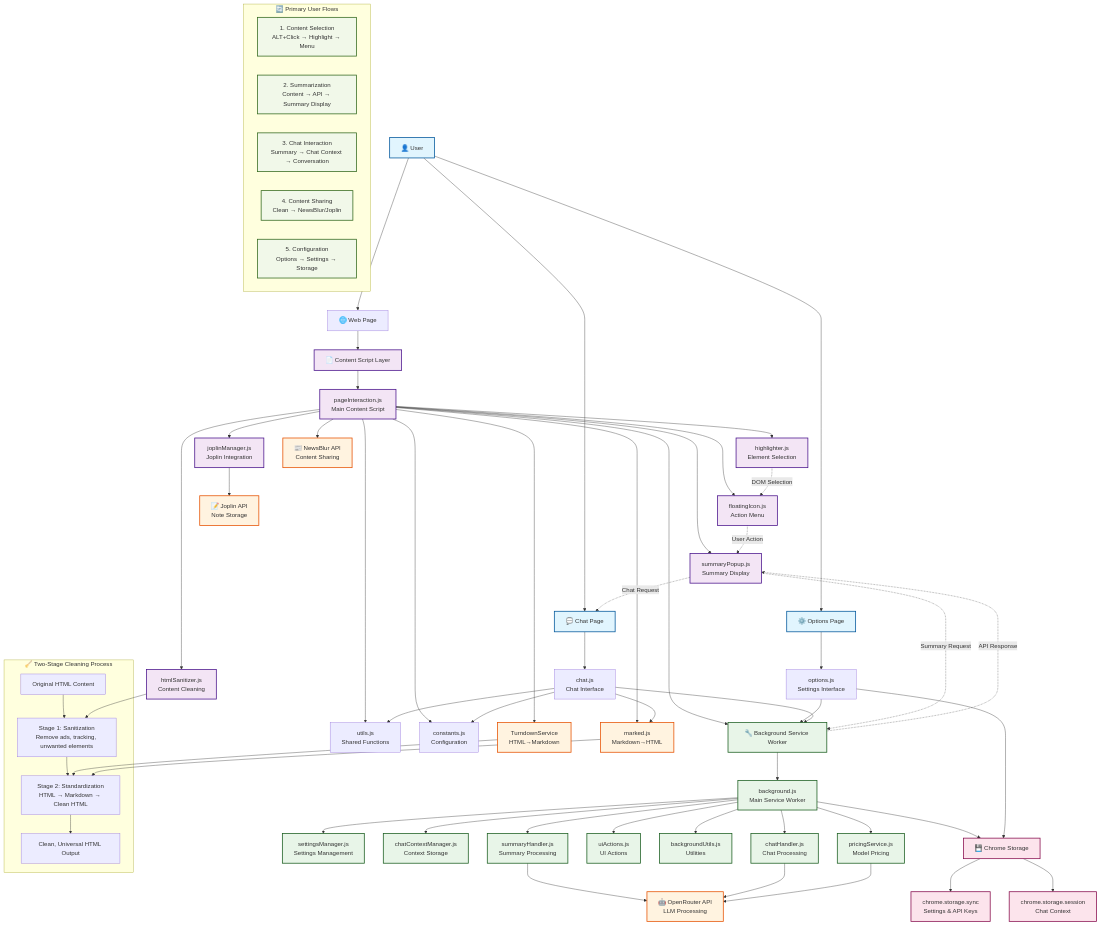
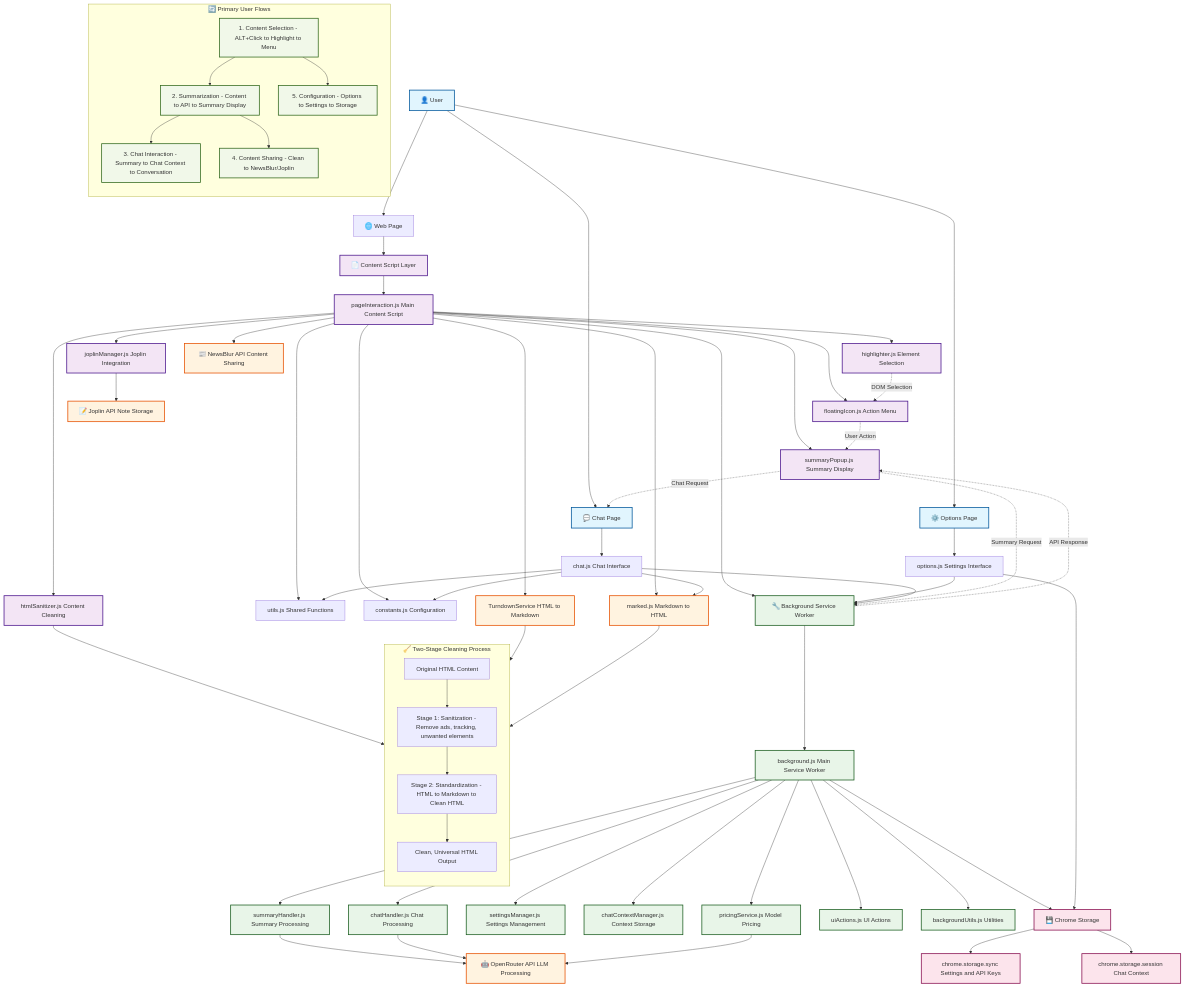
The diagram in README.md (bogorad/openrouter-summarizer), drawn with Mermaid before and after one commit.

Commit message:
claude v3

````diff
--- a/README.md
+++ b/README.md
@@ -61,13 +61,5 @@
 ```mermaid
 graph TB
-    %% Styling Definitions
-    classDef userInterface fill:#e1f5fe,stroke:#01579b,stroke-width:2px
-    classDef contentScript fill:#f3e5f5,stroke:#4a148c,stroke-width:2px
-    classDef background fill:#e8f5e8,stroke:#1b5e20,stroke-width:2px
-    classDef external fill:#fff3e0,stroke:#e65100,stroke-width:2px
-    classDef storage fill:#fce4ec,stroke:#880e4f,stroke-width:2px
-    classDef flow fill:#f1f8e9,stroke:#33691e,stroke-width:2px
-
     %% User Interactions
     User[👤 User] --> WebPage[🌐 Web Page]
     User --> OptionsPage[⚙️ Options Page]
@@ -75,69 +67,75 @@
 
     %% Web Page Content Scripts
     WebPage --> ContentScript[📄 Content Script Layer]
-    ContentScript --> PageInteraction[pageInteraction.js<br/>Main Content Script]
+    ContentScript --> PageInteraction[pageInteraction.js Main Content Script]
 
     %% Content Script Modules
-    PageInteraction --> Highlighter[highlighter.js<br/>Element Selection]
-    PageInteraction --> FloatingIcon[floatingIcon.js<br/>Action Menu]
-    PageInteraction --> SummaryPopup[summaryPopup.js<br/>Summary Display]
-    PageInteraction --> JoplinManager[joplinManager.js<br/>Joplin Integration]
-    PageInteraction --> HTMLSanitizer[htmlSanitizer.js<br/>Content Cleaning]
+    PageInteraction --> Highlighter[highlighter.js Element Selection]
+    PageInteraction --> FloatingIcon[floatingIcon.js Action Menu]
+    PageInteraction --> SummaryPopup[summaryPopup.js Summary Display]
+    PageInteraction --> JoplinManager[joplinManager.js Joplin Integration]
+    PageInteraction --> HTMLSanitizer[htmlSanitizer.js Content Cleaning]
 
     %% Shared Utilities
-    PageInteraction --> Utils[utils.js<br/>Shared Functions]
-    PageInteraction --> Constants[constants.js<br/>Configuration]
+    PageInteraction --> Utils[utils.js Shared Functions]
+    PageInteraction --> Constants[constants.js Configuration]
 
     %% External Libraries
-    PageInteraction --> TurndownService[TurndownService<br/>HTML→Markdown]
-    PageInteraction --> MarkedJS[marked.js<br/>Markdown→HTML]
+    PageInteraction --> TurndownService[TurndownService HTML to Markdown]
+    PageInteraction --> MarkedJS[marked.js Markdown to HTML]
 
     %% Background Service Worker
     PageInteraction --> Background[🔧 Background Service Worker]
-    Background --> BackgroundJS[background.js<br/>Main Service Worker]
+    Background --> BackgroundJS[background.js Main Service Worker]
 
     %% Background Modules
-    BackgroundJS --> SummaryHandler[summaryHandler.js<br/>Summary Processing]
-    BackgroundJS --> ChatHandler[chatHandler.js<br/>Chat Processing]
-    BackgroundJS --> SettingsManager[settingsManager.js<br/>Settings Management]
-    BackgroundJS --> ChatContextManager[chatContextManager.js<br/>Context Storage]
-    BackgroundJS --> PricingService[pricingService.js<br/>Model Pricing]
-    BackgroundJS --> UIActions[uiActions.js<br/>UI Actions]
-    BackgroundJS --> BackgroundUtils[backgroundUtils.js<br/>Utilities]
+    BackgroundJS --> SummaryHandler[summaryHandler.js Summary Processing]
+    BackgroundJS --> ChatHandler[chatHandler.js Chat Processing]
+    BackgroundJS --> SettingsManager[settingsManager.js Settings Management]
+    BackgroundJS --> ChatContextManager[chatContextManager.js Context Storage]
+    BackgroundJS --> PricingService[pricingService.js Model Pricing]
+    BackgroundJS --> UIActions[uiActions.js UI Actions]
+    BackgroundJS --> BackgroundUtils[backgroundUtils.js Utilities]
 
     %% External APIs
-    SummaryHandler --> OpenRouterAPI[🤖 OpenRouter API<br/>LLM Processing]
+    SummaryHandler --> OpenRouterAPI[🤖 OpenRouter API LLM Processing]
     ChatHandler --> OpenRouterAPI
     PricingService --> OpenRouterAPI
 
     %% External Services
-    JoplinManager --> JoplinAPI[📝 Joplin API<br/>Note Storage]
-    PageInteraction --> NewsBlurAPI[📰 NewsBlur API<br/>Content Sharing]
+    JoplinManager --> JoplinAPI[📝 Joplin API Note Storage]
+    PageInteraction --> NewsBlurAPI[📰 NewsBlur API Content Sharing]
 
     %% Storage Systems
     BackgroundJS --> ChromeStorage[💾 Chrome Storage]
-    ChromeStorage --> SyncStorage[chrome.storage.sync<br/>Settings & API Keys]
-    ChromeStorage --> SessionStorage[chrome.storage.session<br/>Chat Context]
+    ChromeStorage --> SyncStorage[chrome.storage.sync Settings and API Keys]
+    ChromeStorage --> SessionStorage[chrome.storage.session Chat Context]
 
     %% Options Page
-    OptionsPage --> OptionsJS[options.js<br/>Settings Interface]
+    OptionsPage --> OptionsJS[options.js Settings Interface]
     OptionsJS --> Background
     OptionsJS --> ChromeStorage
 
     %% Chat Page
-    ChatPage --> ChatJS[chat.js<br/>Chat Interface]
+    ChatPage --> ChatJS[chat.js Chat Interface]
     ChatJS --> Background
     ChatJS --> Utils
     ChatJS --> Constants
     ChatJS --> MarkedJS
 
     %% User Flows
-    subgraph "🔄 Primary User Flows"
-        Flow1["1. Content Selection<br/>ALT+Click → Highlight → Menu"]
-        Flow2["2. Summarization<br/>Content → API → Summary Display"]
-        Flow3["3. Chat Interaction<br/>Summary → Chat Context → Conversation"]
-        Flow4["4. Content Sharing<br/>Clean → NewsBlur/Joplin"]
-        Flow5["5. Configuration<br/>Options → Settings → Storage"]
+    subgraph UserFlows[🔄 Primary User Flows]
+        direction TB
+        Flow1[1. Content Selection - ALT+Click to Highlight to Menu]
+        Flow2[2. Summarization - Content to API to Summary Display]
+        Flow3[3. Chat Interaction - Summary to Chat Context to Conversation]
+        Flow4[4. Content Sharing - Clean to NewsBlur/Joplin]
+        Flow5[5. Configuration - Options to Settings to Storage]
+
+        Flow1 --> Flow2
+        Flow2 --> Flow3
+        Flow2 --> Flow4
+        Flow1 --> Flow5
     end
 
     %% Data Flow Indicators
@@ -148,10 +146,11 @@
     SummaryPopup -.->|Chat Request| ChatPage
 
     %% Two-Stage Cleaning Process
-    subgraph "🧹 Two-Stage Cleaning Process"
+    subgraph CleaningProcess[🧹 Two-Stage Cleaning Process]
+        direction TB
         OriginalHTML[Original HTML Content]
-        Stage1[Stage 1: Sanitization<br/>Remove ads, tracking, unwanted elements]
-        Stage2[Stage 2: Standardization<br/>HTML → Markdown → Clean HTML]
+        Stage1[Stage 1: Sanitization - Remove ads, tracking, unwanted elements]
+        Stage2[Stage 2: Standardization - HTML to Markdown to Clean HTML]
         CleanOutput[Clean, Universal HTML Output]
 
         OriginalHTML --> Stage1
@@ -163,7 +162,14 @@
     TurndownService --> Stage2
     MarkedJS --> Stage2
 
-    %% Class Assignments
+    %% Styling
+    classDef userInterface fill:#e1f5fe,stroke:#01579b,stroke-width:2px
+    classDef contentScript fill:#f3e5f5,stroke:#4a148c,stroke-width:2px
+    classDef background fill:#e8f5e8,stroke:#1b5e20,stroke-width:2px
+    classDef external fill:#fff3e0,stroke:#e65100,stroke-width:2px
+    classDef storage fill:#fce4ec,stroke:#880e4f,stroke-width:2px
+    classDef flow fill:#f1f8e9,stroke:#33691e,stroke-width:2px
+
     class User,OptionsPage,ChatPage userInterface
     class ContentScript,PageInteraction,Highlighter,FloatingIcon,SummaryPopup,JoplinManager,HTMLSanitizer contentScript
     class Background,BackgroundJS,SummaryHandler,ChatHandler,SettingsManager,ChatContextManager,PricingService,UIActions,BackgroundUtils background
````
